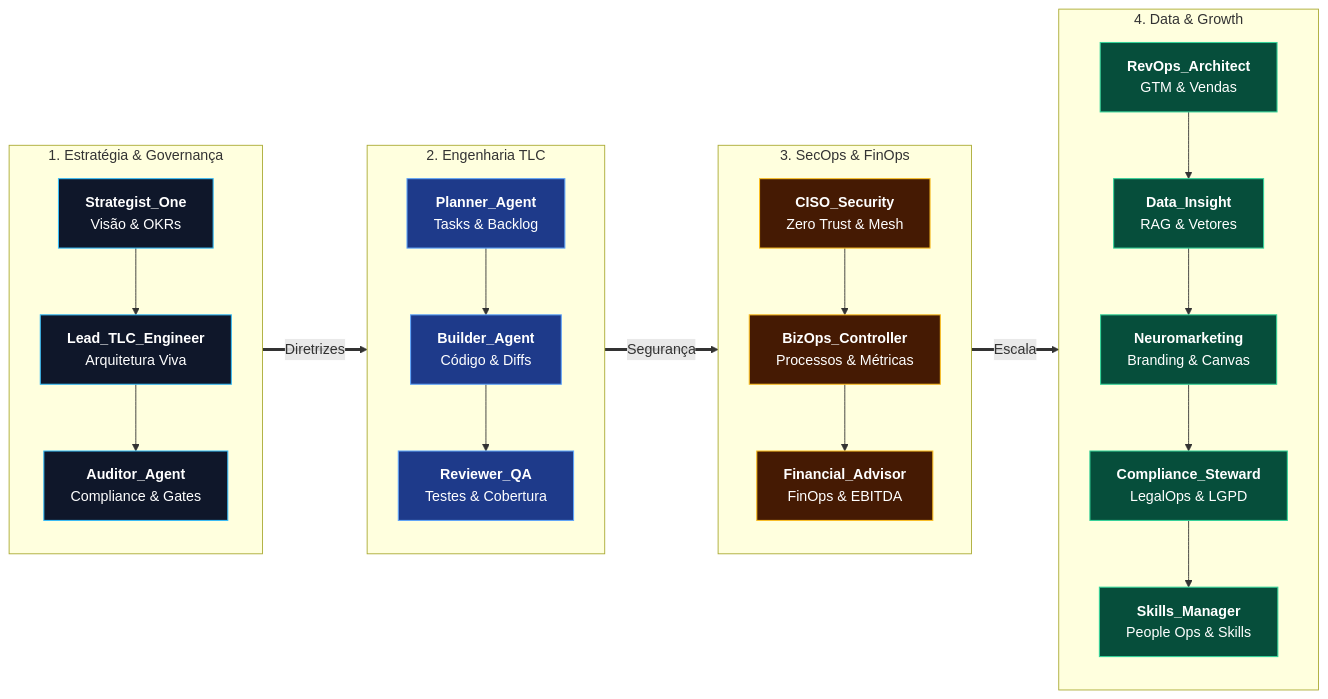
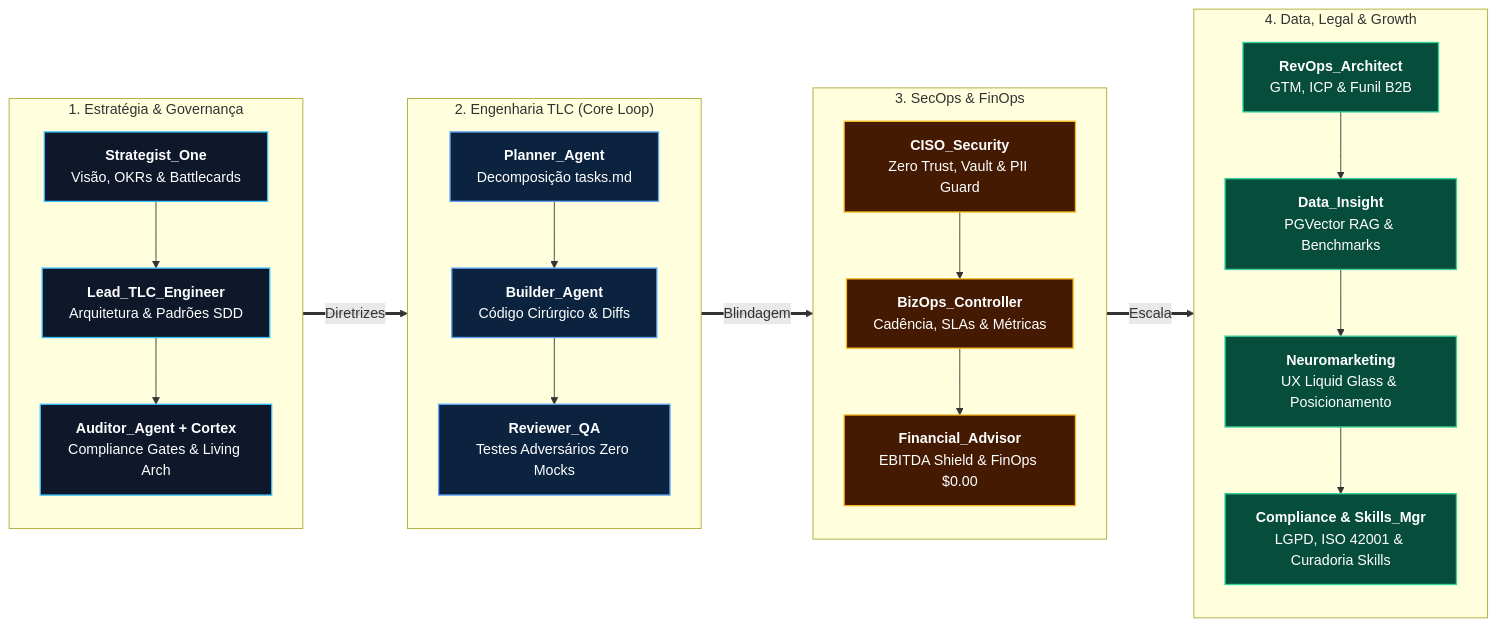
The first of 3 diagrams in projects/Living Architecture PCL AEOS/docs/agents-squads/README.md (EnterDufter/PromptCoreLabs_AEOS), drawn with Mermaid before and after one commit. The commit also changed other lines of this file and 34 other files, not shown here.

First line of the commit message:
docs(aeos-v3.6): upgrade complete repository & Living Architecture portal with pure UTF-8, Dual-Track narrative & Cortex v7 diagrams

````diff
--- a/projects/Living Architecture PCL AEOS/docs/agents-squads/README.md
+++ b/projects/Living Architecture PCL AEOS/docs/agents-squads/README.md
@@ -15,45 +21,42 @@
 ```mermaid
 flowchart LR
-    classDef s1 fill:#0f172a,stroke:#38bdf8,stroke-width:1.2px,color:#ffffff;
-    classDef s2 fill:#1e3a8a,stroke:#60a5fa,stroke-width:1.2px,color:#ffffff;
-    classDef s3 fill:#451a03,stroke:#fbbf24,stroke-width:1.2px,color:#ffffff;
-    classDef s4 fill:#064e3b,stroke:#34d399,stroke-width:1.2px,color:#ffffff;
+    classDef s1 fill:#0f172a,stroke:#38bdf8,stroke-width:1.5px,color:#ffffff;
+    classDef s2 fill:#0c2340,stroke:#60a5fa,stroke-width:1.5px,color:#ffffff;
+    classDef s3 fill:#451a03,stroke:#fbbf24,stroke-width:1.5px,color:#ffffff;
+    classDef s4 fill:#064e3b,stroke:#34d399,stroke-width:1.5px,color:#ffffff;
 
     subgraph Squad1 ["1. Estratégia & Governança"]
         direction TB
-        A1["<b>Strategist_One</b><br/>Visão & OKRs"]:::s1
-        A2["<b>Lead_TLC_Engineer</b><br/>Arquitetura Viva"]:::s1
-        A3["<b>Auditor_Agent</b><br/>Compliance & Gates"]:::s1
+        A1["<b>Strategist_One</b><br/>Visão, OKRs & Battlecards"]:::s1
+        A2["<b>Lead_TLC_Engineer</b><br/>Arquitetura & Padrões SDD"]:::s1
+        A3["<b>Auditor_Agent + Cortex</b><br/>Compliance Gates & Living Arch"]:::s1
         A1 --> A2 --> A3
     end
 
-    subgraph Squad2 ["2. Engenharia TLC"]
+    subgraph Squad2 ["2. Engenharia TLC (Core Loop)"]
         direction TB
-        A4["<b>Planner_Agent</b><br/>Tasks & Backlog"]:::s2
-        A5["<b>Builder_Agent</b><br/>Código & Diffs"]:::s2
-        A6["<b>Reviewer_QA</b><br/>Testes & Cobertura"]:::s2
+        A4["<b>Planner_Agent</b><br/>Decomposição tasks.md"]:::s2
+        A5["<b>Builder_Agent</b><br/>Código Cirúrgico & Diffs"]:::s2
+        A6["<b>Reviewer_QA</b><br/>Testes Adversários Zero Mocks"]:::s2
         A4 --> A5 --> A6
     end
 
     subgraph Squad3 ["3. SecOps & FinOps"]
         direction TB
-        A7["<b>CISO_Security</b><br/>Zero Trust & Mesh"]:::s3
-        A8["<b>BizOps_Controller</b><br/>Processos & Métricas"]:::s3
-        A9["<b>Financial_Advisor</b><br/>FinOps & EBITDA"]:::s3
+        A7["<b>CISO_Security</b><br/>Zero Trust, Vault & PII Guard"]:::s3
+        A8["<b>BizOps_Controller</b><br/>Cadência, SLAs & Métricas"]:::s3
+        A9["<b>Financial_Advisor</b><br/>EBITDA Shield & FinOps $0.00"]:::s3
         A7 --> A8 --> A9
     end
 
-    subgraph Squad4 ["4. Data & Growth"]
+    subgraph Squad4 ["4. Data, Legal & Growth"]
         direction TB
-        A10["<b>RevOps_Architect</b><br/>GTM & Vendas"]:::s4
-        A11["<b>Data_Insight</b><br/>RAG & Vetores"]:::s4
-        A12["<b>Neuromarketing</b><br/>Branding & Canvas"]:::s4
-        A13["<b>Compliance_Steward</b><br/>LegalOps & LGPD"]:::s4
-        A14["<b>Skills_Manager</b><br/>People Ops & Skills"]:::s4
-        A10 --> A11 --> A12 --> A13 --> A14
+        A10["<b>RevOps_Architect</b><br/>GTM, ICP & Funil B2B"]:::s4
+        A11["<b>Data_Insight</b><br/>PGVector RAG & Benchmarks"]:::s4
+        A12["<b>Neuromarketing</b><br/>UX Liquid Glass & Posicionamento"]:::s4
+        A13["<b>Compliance & Skills_Mgr</b><br/>LGPD, ISO 42001 & Curadoria Skills"]:::s4
+        A10 --> A11 --> A12 --> A13
     end
 
-    Squad1 ==>|"Diretrizes"| Squad2
-    Squad2 ==>|"Segurança"| Squad3
-    Squad3 ==>|"Escala"| Squad4
+    Squad1 ==>|"Diretrizes"| Squad2 ==>|"Blindagem"| Squad3 ==>|"Escala"| Squad4
 ```
````
